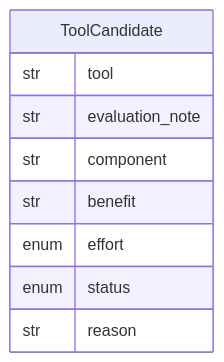
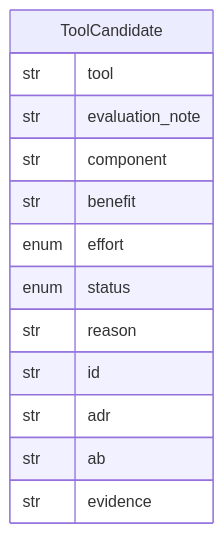
One commit to zskreisz01/pkpipe changed the diagram in specs/016-system-tool-candidates/data-model.md. Above: the diagram before and after it, drawn with Mermaid. The commit also changed other lines of this file and 16 other files, not shown here.

````diff
--- a/specs/016-system-tool-candidates/data-model.md
+++ b/specs/016-system-tool-candidates/data-model.md
@@ -31,12 +35,16 @@
 ```mermaid
 erDiagram
     ToolCandidate {
         str tool
         str evaluation_note
         str component
         str benefit
         enum effort
         enum status
         str reason
+        str id
+        str adr
+        str ab
+        str evidence
     }
 ```
````
